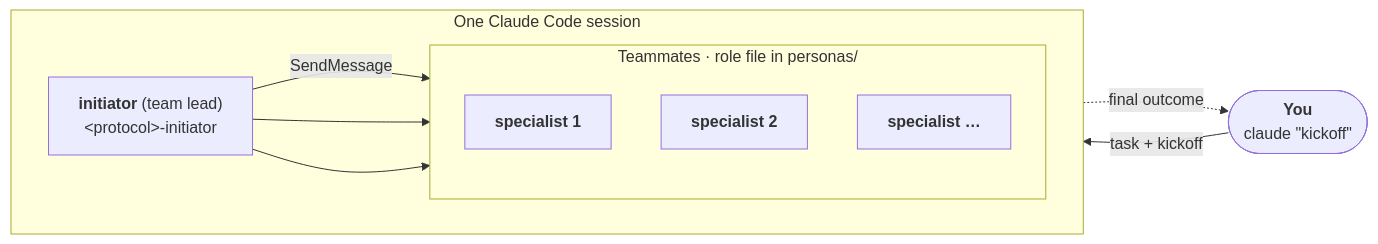
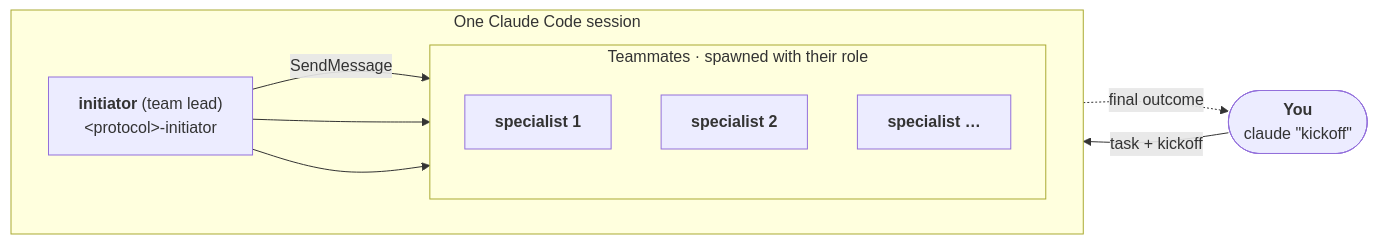
Before and after one commit to ioc-project/cognition-protocols: the diagram in docs/tutorials/agent-teams/index.md, drawn with Mermaid.

Commit message:
docs: update the Agent Teams diagram label

````diff
--- a/docs/tutorials/agent-teams/index.md
+++ b/docs/tutorials/agent-teams/index.md
@@ -11,22 +11,22 @@
 ```mermaid
 flowchart LR
     you(["<b>You</b><br/>claude &quot;kickoff&quot;"])
 
     subgraph session ["One Claude Code session"]
         direction LR
         I["<b>initiator</b> (team lead)<br/>&lt;protocol&gt;-initiator"]
 
-        subgraph team ["Teammates · role file in personas/"]
+        subgraph team ["Teammates · spawned with their role"]
             direction TB
             S1["<b>specialist 1</b>"]
             S2["<b>specialist 2</b>"]
             S3["<b>specialist …</b>"]
         end
     end
 
     you -- "task + kickoff" --> I
     I -- "SendMessage" --> S1
     I --> S2
     I --> S3
     I -. "final outcome" .-> you
 ```
````
